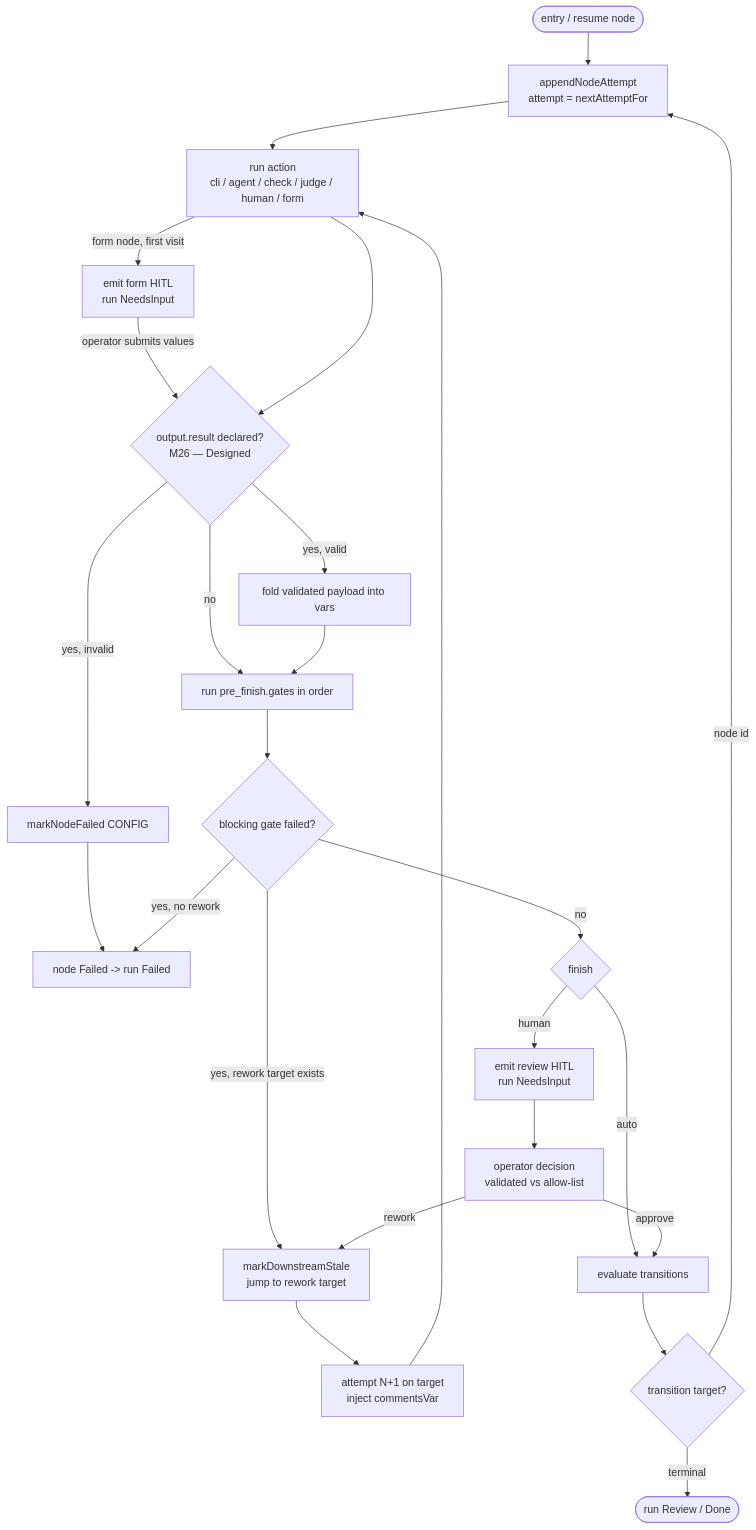
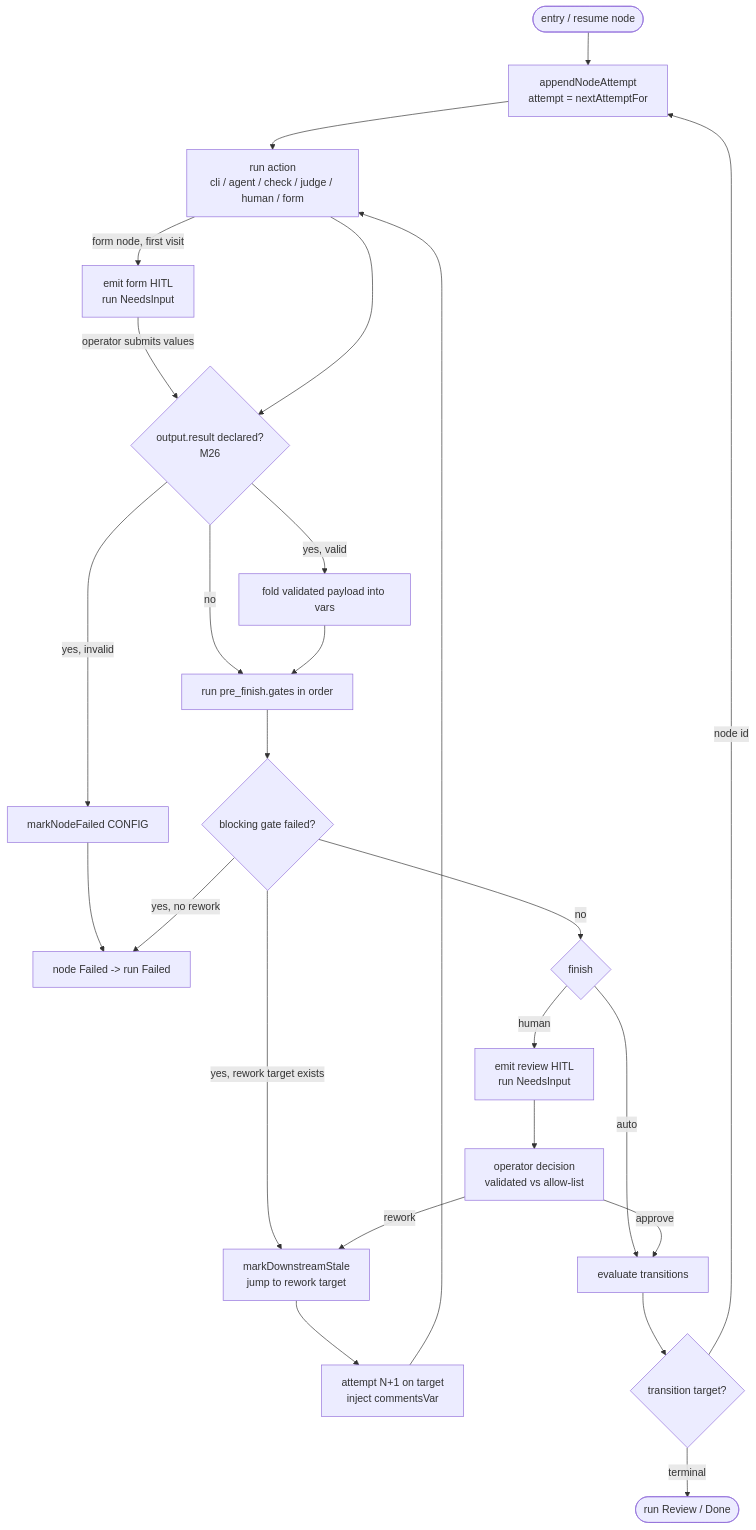
One commit to maister-dev/maister changed the third of 6 diagrams in docs/system-analytics/flow-graph.md. Above: the diagram before and after it, drawn with Mermaid. The commit also changed other lines of this file and 9 other files, not shown here.

````diff
--- a/docs/system-analytics/flow-graph.md
+++ b/docs/system-analytics/flow-graph.md
@@ -129,27 +129,27 @@
 ```mermaid
 flowchart TD
     Entry([entry / resume node]) --> Append[appendNodeAttempt<br/>attempt = nextAttemptFor]
     Append --> Act[run action<br/>cli / agent / check / judge / human / form]
     Act -- form node, first visit --> FormHitl[emit form HITL<br/>run NeedsInput]
     FormHitl -- operator submits values --> Validate
-    Act --> Validate{output.result declared?<br/>M26 — Designed}
+    Act --> Validate{output.result declared?<br/>M26}
     Validate -- no --> Gates[run pre_finish.gates in order]
     Validate -- yes, valid --> FoldVars[fold validated payload into vars]
     Validate -- yes, invalid --> FailCfg[markNodeFailed CONFIG]
     FoldVars --> Gates
     FailCfg --> Fail[node Failed -> run Failed]
     Gates --> Block{blocking gate failed?}
     Block -- yes, rework target exists --> Stale[markDownstreamStale<br/>jump to rework target]
     Block -- yes, no rework --> Fail[node Failed -> run Failed]
     Block -- no --> Finish{finish}
     Finish -- auto --> Pick[evaluate transitions]
     Finish -- human --> Hitl[emit review HITL<br/>run NeedsInput]
     Hitl --> Decision[operator decision<br/>validated vs allow-list]
     Decision -- approve --> Pick
     Decision -- rework --> Stale
     Stale --> NextAttempt[attempt N+1 on target<br/>inject commentsVar]
     NextAttempt --> Act
     Pick --> More{transition target?}
     More -- node id --> Append
     More -- terminal --> Done([run Review / Done])
 ```
````
